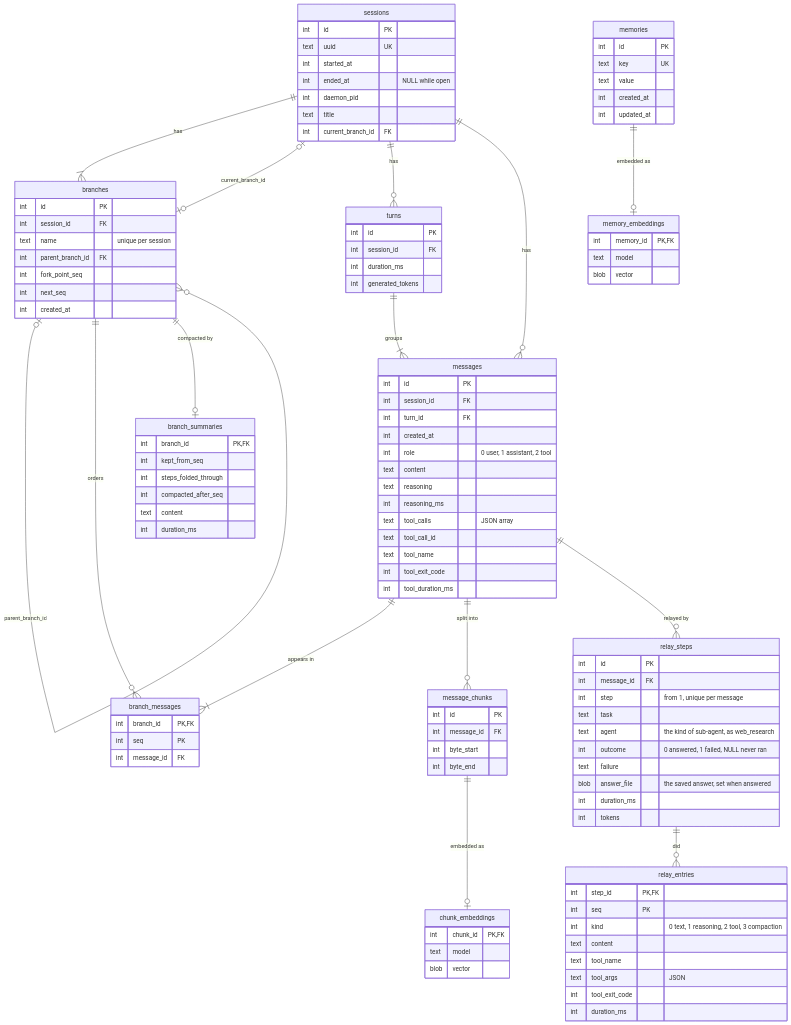
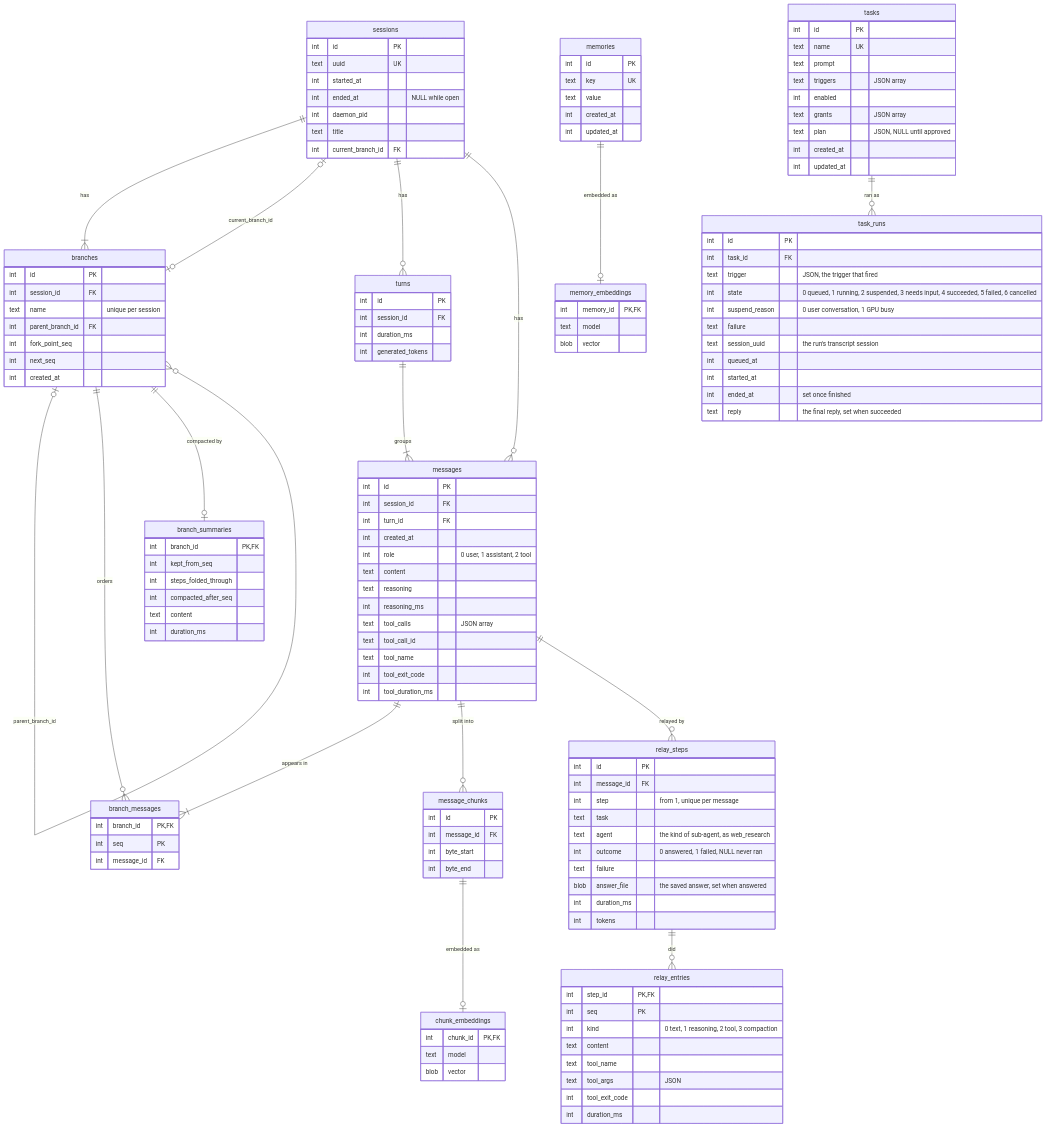
The diagram in docs/database.md (gnolruf/assistd), drawn with Mermaid before and after one commit. The commit also changed other lines of this file and 20 other files, not shown here.

First line of the commit message:
Store task definitions and run history in memory.db (#621) (#666)

````diff
--- a/docs/database.md
+++ b/docs/database.md
@@ -24,6 +24,7 @@
     relay_steps ||--o{ relay_entries : "did"
     message_chunks ||--o| chunk_embeddings : "embedded as"
     memories ||--o| memory_embeddings : "embedded as"
+    tasks ||--o{ task_runs : "ran as"
 
     sessions {
         int id PK
@@ -122,4 +123,28 @@
         text model
         blob vector
     }
+    tasks {
+        int id PK
+        text name UK
+        text prompt
+        text triggers "JSON array"
+        int enabled
+        text grants "JSON array"
+        text plan "JSON, NULL until approved"
+        int created_at
+        int updated_at
+    }
+    task_runs {
+        int id PK
+        int task_id FK
+        text trigger "JSON, the trigger that fired"
+        int state "0 queued, 1 running, 2 suspended, 3 needs input, 4 succeeded, 5 failed, 6 cancelled"
+        int suspend_reason "0 user conversation, 1 GPU busy"
+        text failure
+        text session_uuid "the run's transcript session"
+        int queued_at
+        int started_at
+        int ended_at "set once finished"
+        text reply "the final reply, set when succeeded"
+    }
 ```
````
